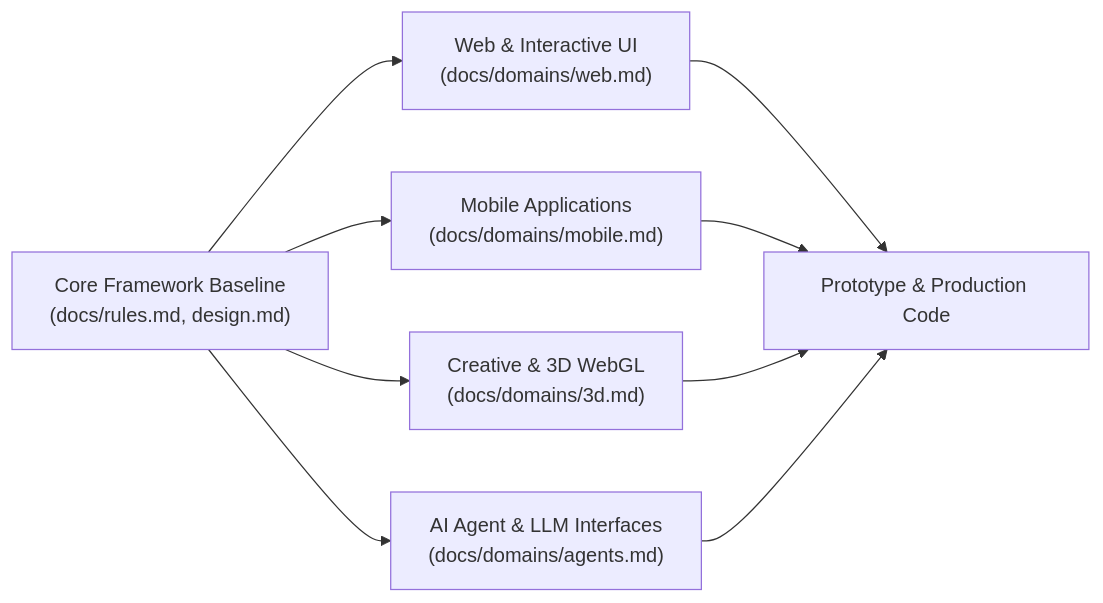
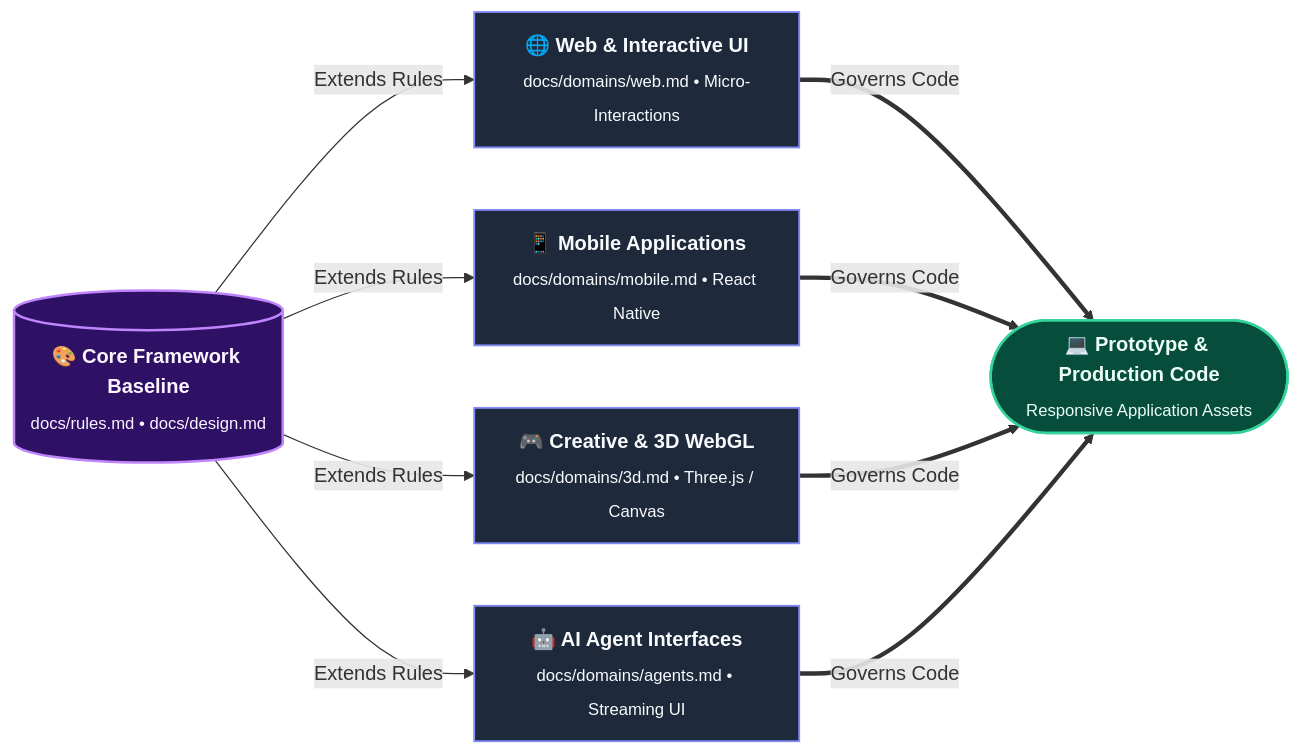
The diagram in Vibe-Coding-Chandan-Adhikary/Vibe-Coding/docs/domains/README.md (rmsofficialsyt/Agentic-AI-Vibe-Coding-AND-SDD-TDD-Codebase-Chandan-Adhikary), drawn with Mermaid before and after one commit. The commit also changed 23 other files, not shown here.

Commit message:
docs: redesign diagrams to Eraser.io visual style and regenerate MANIFEST.json

````diff
--- a/Vibe-Coding-Chandan-Adhikary/Vibe-Coding/docs/domains/README.md
+++ b/Vibe-Coding-Chandan-Adhikary/Vibe-Coding/docs/domains/README.md
@@ -24,12 +24,25 @@
 ```mermaid
 flowchart LR
-    Core["Core Framework Baseline<br/>(docs/rules.md, design.md)"] --> Ext1["Web & Interactive UI<br/>(docs/domains/web.md)"]
-    Core --> Ext2["Mobile Applications<br/>(docs/domains/mobile.md)"]
-    Core --> Ext3["Creative & 3D WebGL<br/>(docs/domains/3d.md)"]
-    Core --> Ext4["AI Agent & LLM Interfaces<br/>(docs/domains/agents.md)"]
+    classDef core fill:#2e1065,stroke:#c084fc,stroke-width:2px,color:#faf5ff;
+    classDef ext fill:#1e293b,stroke:#818cf8,stroke-width:1.5px,color:#f8fafc;
+    classDef code fill:#064e3b,stroke:#34d399,stroke-width:2px,color:#ecfdf5;
 
-    Ext1 --> ProjectCode["Prototype & Production Code"]
-    Ext2 --> ProjectCode
-    Ext3 --> ProjectCode
-    Ext4 --> ProjectCode
+    Core[("<b>🎨 Core Framework Baseline</b><br/><sub>docs/rules.md • docs/design.md</sub>")]:::core
+
+    Ext1["<b>🌐 Web & Interactive UI</b><br/><sub>docs/domains/web.md • Micro-Interactions</sub>"]:::ext
+    Ext2["<b>📱 Mobile Applications</b><br/><sub>docs/domains/mobile.md • React Native</sub>"]:::ext
+    Ext3["<b>🎮 Creative & 3D WebGL</b><br/><sub>docs/domains/3d.md • Three.js / Canvas</sub>"]:::ext
+    Ext4["<b>🤖 AI Agent Interfaces</b><br/><sub>docs/domains/agents.md • Streaming UI</sub>"]:::ext
+
+    ProjectCode(["<b>💻 Prototype & Production Code</b><br/><sub>Responsive Application Assets</sub>"]):::code
+
+    Core -->|"Extends Rules"| Ext1
+    Core -->|"Extends Rules"| Ext2
+    Core -->|"Extends Rules"| Ext3
+    Core -->|"Extends Rules"| Ext4
+
+    Ext1 ==>|"Governs Code"| ProjectCode
+    Ext2 ==>|"Governs Code"| ProjectCode
+    Ext3 ==>|"Governs Code"| ProjectCode
+    Ext4 ==>|"Governs Code"| ProjectCode
 ```
````
